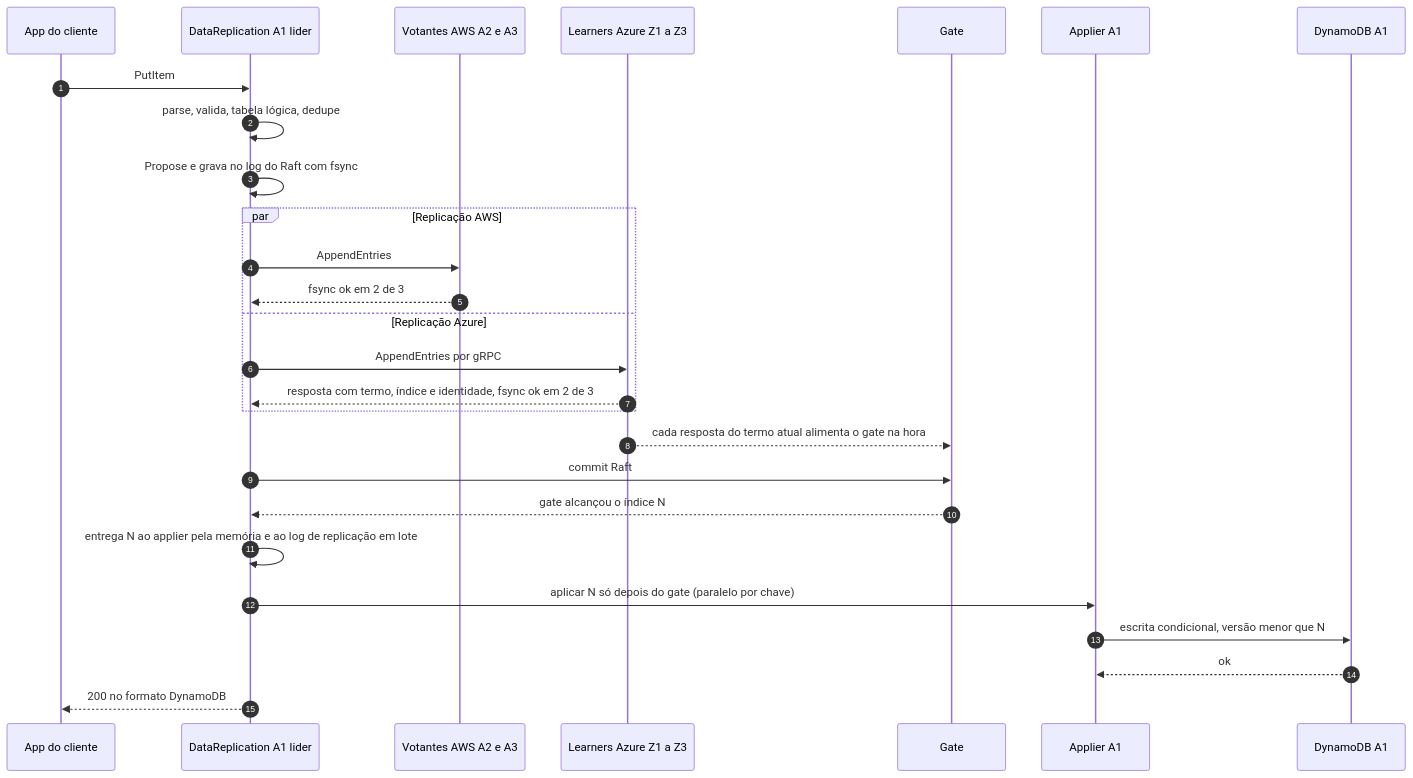
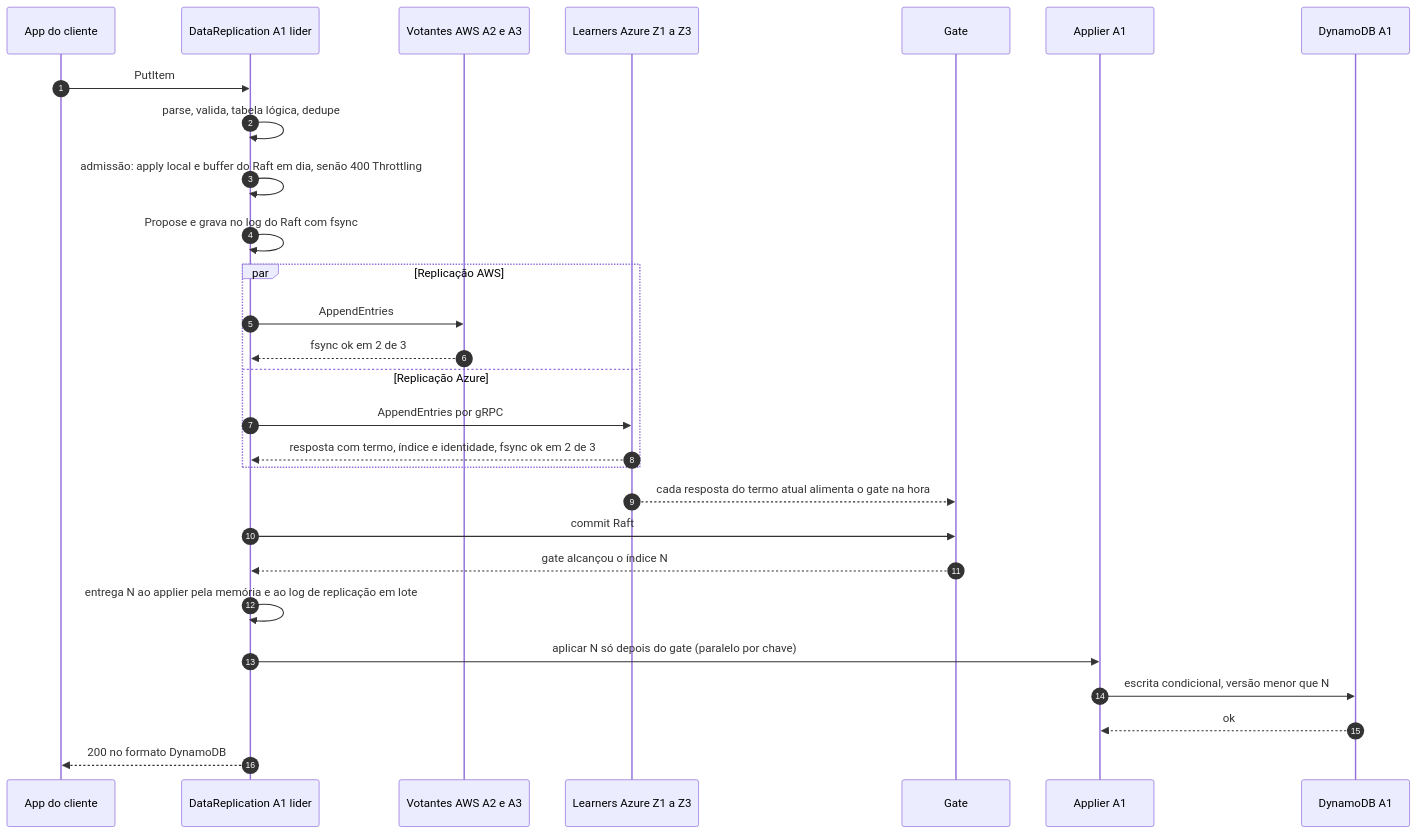
Before and after one commit to brbarmex/k: the diagram in doc/02_cenarios/atualizados/C03-escrita-strong.md, drawn with Mermaid. The commit also changed other lines of this file and 92 other files, not shown here.

````diff
--- a/doc/02_cenarios/atualizados/C03-escrita-strong.md
+++ b/doc/02_cenarios/atualizados/C03-escrita-strong.md
@@ -11,29 +11,30 @@
 ```mermaid
 sequenceDiagram
     autonumber
     participant App as App do cliente
     participant DR as DataReplication A1 lider
     participant R as Votantes AWS A2 e A3
     participant Z as Learners Azure Z1 a Z3
     participant G as Gate
     participant AP as Applier A1
     participant DB as DynamoDB A1
     App->>DR: PutItem
     DR->>DR: parse, valida, tabela lógica, dedupe
+    DR->>DR: admissão: apply local e buffer do Raft em dia, senão 400 Throttling
     DR->>DR: Propose e grava no log do Raft com fsync
     par Replicação AWS
         DR->>R: AppendEntries
         R-->>DR: fsync ok em 2 de 3
     and Replicação Azure
         DR->>Z: AppendEntries por gRPC
         Z-->>DR: resposta com termo, índice e identidade, fsync ok em 2 de 3
     end
     Z-->>G: cada resposta do termo atual alimenta o gate na hora
     DR->>G: commit Raft
     G-->>DR: gate alcançou o índice N
     DR->>DR: entrega N ao applier pela memória e ao log de replicação em lote
     DR->>AP: aplicar N só depois do gate (paralelo por chave)
     AP->>DB: escrita condicional, versão menor que N
     DB-->>AP: ok
     DR-->>App: 200 no formato DynamoDB
 ```
````
